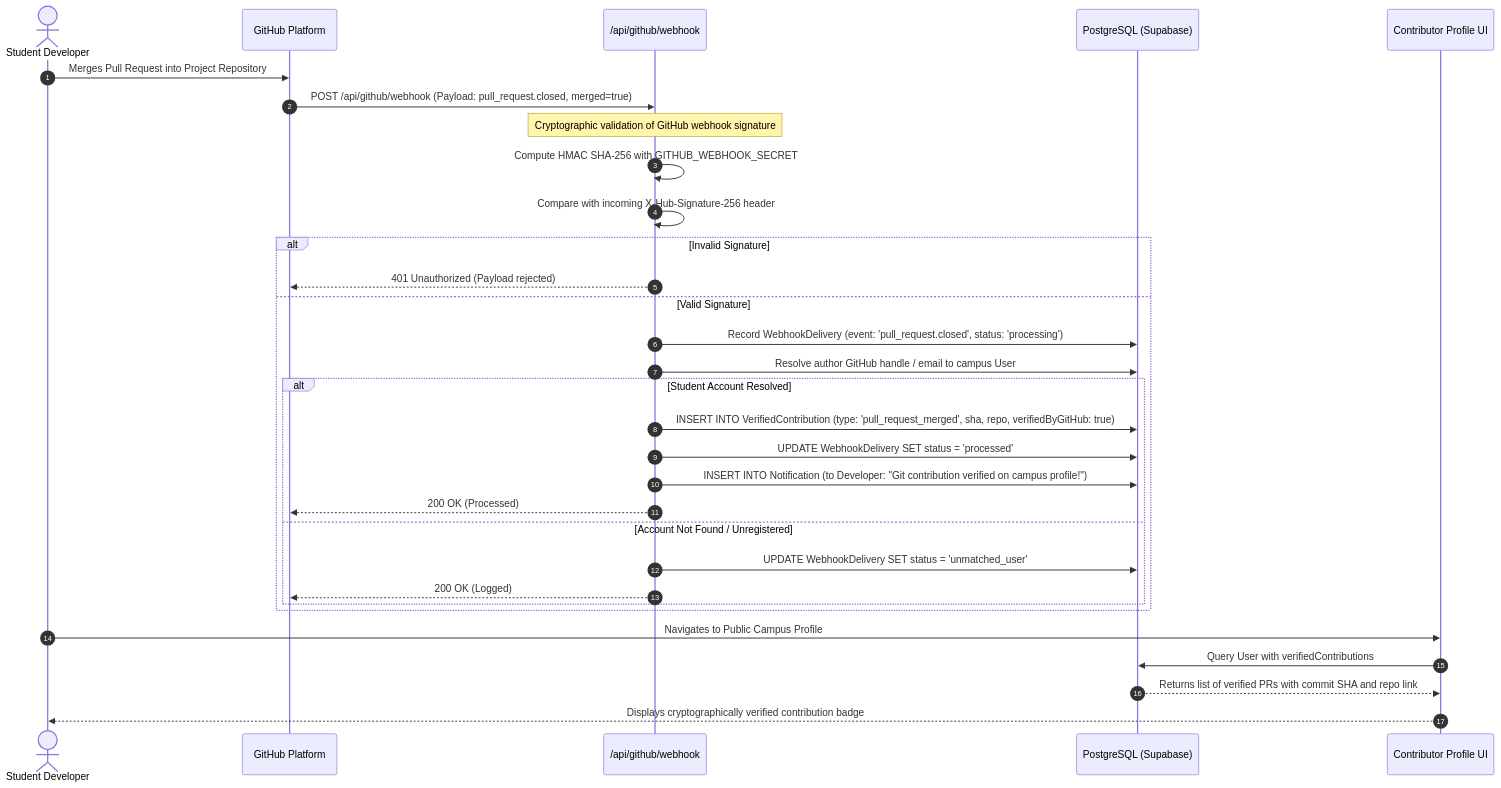
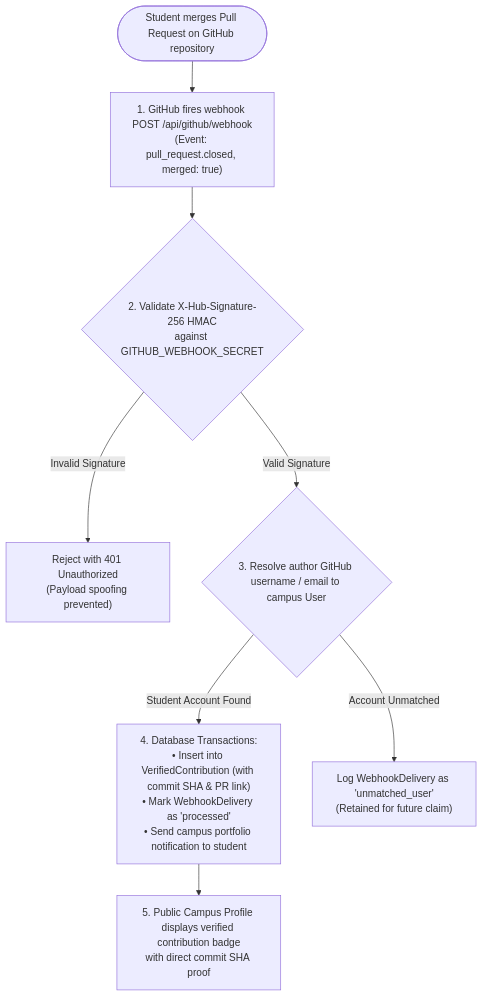
One commit to ankitpandey1900/BuildLab_By-I2IT changed the fourth of 5 diagrams in docs/architecture/SYSTEM_ARCHITECTURE.md. Above: the diagram before and after it, drawn with Mermaid. The commit also changed other lines of this file and 4 other files, not shown here.

Commit message:
docs: add system architecture specification and landing page hero components

````diff
--- a/docs/architecture/SYSTEM_ARCHITECTURE.md
+++ b/docs/architecture/SYSTEM_ARCHITECTURE.md
@@ -216,38 +159,15 @@
 ```mermaid
-sequenceDiagram
-    autonumber
-    actor Developer as Student Developer
-    participant GitHub as GitHub Platform
-    participant WebhookAPI as /api/github/webhook
-    participant DB as PostgreSQL (Supabase)
-    participant Profile as Contributor Profile UI
-
-    Developer->>GitHub: Merges Pull Request into Project Repository
-    GitHub->>WebhookAPI: POST /api/github/webhook (Payload: pull_request.closed, merged=true)
+flowchart TD
+    Start(["Student merges Pull Request on GitHub repository"]) --> GHWebhook["1. GitHub fires webhook POST /api/github/webhook<br/>(Event: pull_request.closed, merged: true)"]
     
-    Note over WebhookAPI: Cryptographic validation of GitHub webhook signature
-    WebhookAPI->>WebhookAPI: Compute HMAC SHA-256 with GITHUB_WEBHOOK_SECRET
-    WebhookAPI->>WebhookAPI: Compare with incoming X-Hub-Signature-256 header
-
-    alt Invalid Signature
-        WebhookAPI-->>GitHub: 401 Unauthorized (Payload rejected)
-    else Valid Signature
-        WebhookAPI->>DB: Record WebhookDelivery (event: 'pull_request.closed', status: 'processing')
-        WebhookAPI->>DB: Resolve author GitHub handle / email to campus User
-        
-        alt Student Account Resolved
-            WebhookAPI->>DB: INSERT INTO VerifiedContribution (type: 'pull_request_merged', sha, repo, verifiedByGitHub: true)
-            WebhookAPI->>DB: UPDATE WebhookDelivery SET status = 'processed'
-            WebhookAPI->>DB: INSERT INTO Notification (to Developer: "Git contribution verified on campus profile!")
-            WebhookAPI-->>GitHub: 200 OK (Processed)
-        else Account Not Found / Unregistered
-            WebhookAPI->>DB: UPDATE WebhookDelivery SET status = 'unmatched_user'
-            WebhookAPI-->>GitHub: 200 OK (Logged)
-        end
-    end
-
-    Developer->>Profile: Navigates to Public Campus Profile
-    Profile->>DB: Query User with verifiedContributions
-    DB-->>Profile: Returns list of verified PRs with commit SHA and repo link
-    Profile-->>Developer: Displays cryptographically verified contribution badge
+    GHWebhook --> VerifySig{"2. Validate X-Hub-Signature-256 HMAC<br/>against GITHUB_WEBHOOK_SECRET"}
+    VerifySig -->|Invalid Signature| Reject401["Reject with 401 Unauthorized<br/>(Payload spoofing prevented)"]
+    
+    VerifySig -->|Valid Signature| ResolveUser{"3. Resolve author GitHub username / email to campus User"}
+    
+    ResolveUser -->|Student Account Found| WriteReceipt["4. Database Transactions:<br/>• Insert into VerifiedContribution (with commit SHA & PR link)<br/>• Mark WebhookDelivery as 'processed'<br/>• Send campus portfolio notification to student"]
+    
+    ResolveUser -->|Account Unmatched| LogUnmatched["Log WebhookDelivery as 'unmatched_user'<br/>(Retained for future claim)"]
+    
+    WriteReceipt --> ProfileDisplay["5. Public Campus Profile displays verified contribution badge<br/>with direct commit SHA proof"]
 ```
````
